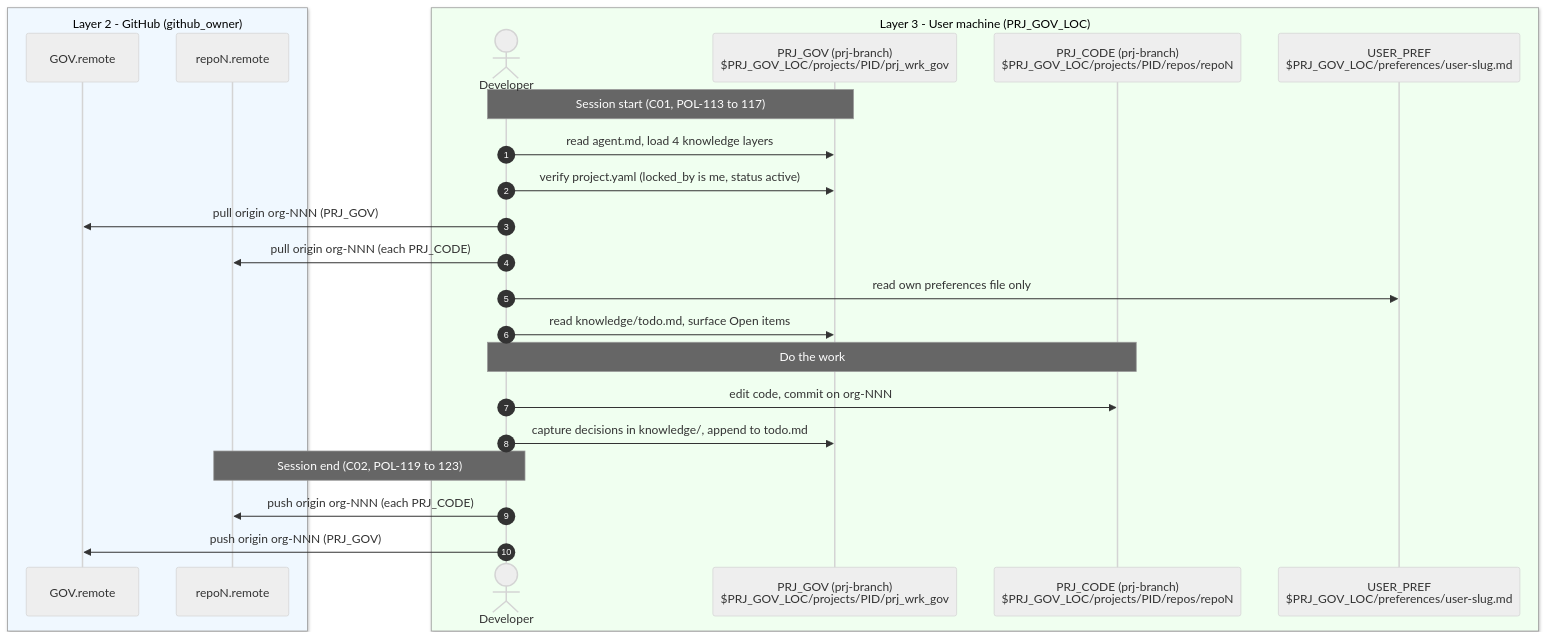
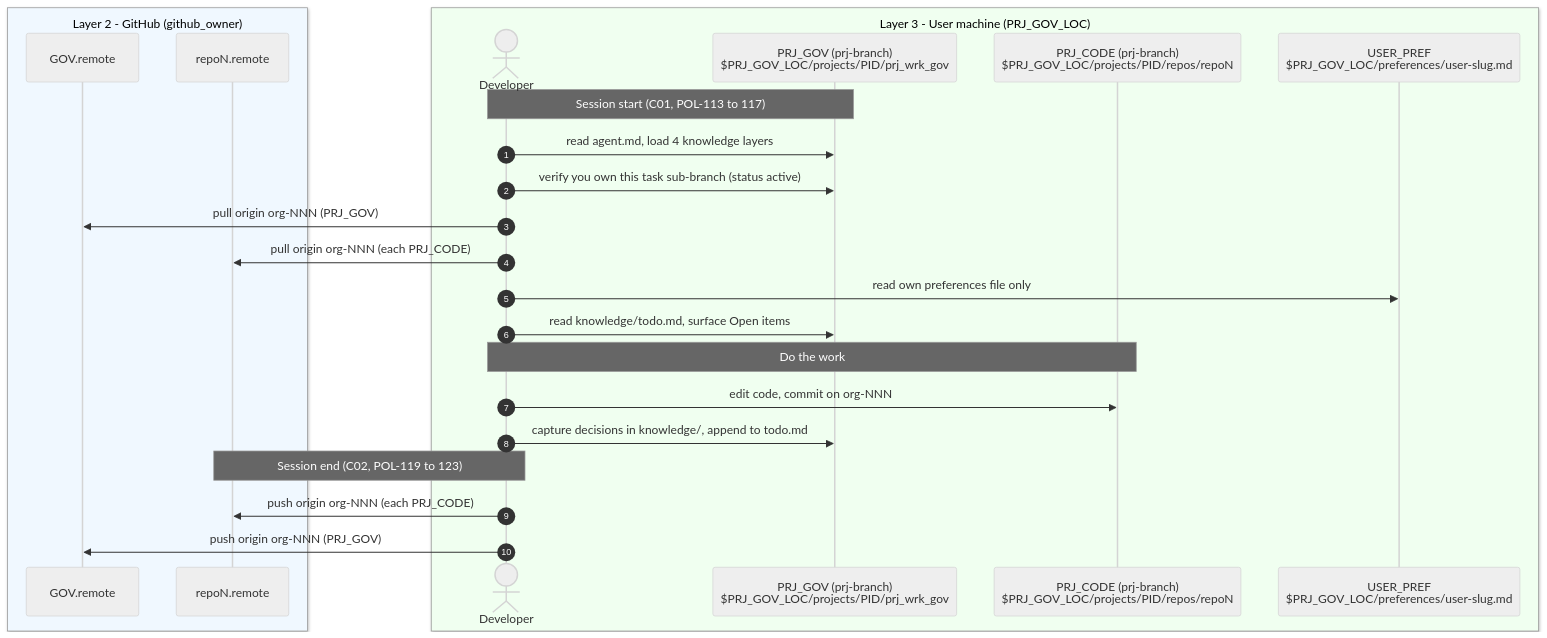
One commit to svayam-opensource/governed-agentic-dev-framework changed the tenth of 20 diagrams in docs/design/option-2-sequence-diagrams.md. Above: the diagram before and after it, drawn with Mermaid (neutral theme). The commit also changed other lines of this file and 6 other files, not shown here.

````diff
--- a/docs/design/option-2-sequence-diagrams.md
+++ b/docs/design/option-2-sequence-diagrams.md
@@ -424,28 +450,28 @@
 ```mermaid
 sequenceDiagram
     autonumber
     box AliceBlue Layer 2 - GitHub (github_owner)
         participant RG as GOV.remote
         participant RC as repoN.remote
     end
     box Honeydew Layer 3 - User machine (PRJ_GOV_LOC)
         actor Dev as Developer
         participant PG as PRJ_GOV (prj-branch)<br/>$PRJ_GOV_LOC/projects/PID/prj_wrk_gov
         participant CODE as PRJ_CODE (prj-branch)<br/>$PRJ_GOV_LOC/projects/PID/repos/repoN
         participant UP as USER_PREF<br/>$PRJ_GOV_LOC/preferences/user-slug.md
     end
 
     Note over Dev,PG: Session start (C01, POL-113 to 117)
     Dev->>PG: read agent.md, load 4 knowledge layers
-    Dev->>PG: verify project.yaml (locked_by is me, status active)
+    Dev->>PG: verify you own this task sub-branch (status active)
     Dev->>RG: pull origin org-NNN (PRJ_GOV)
     Dev->>RC: pull origin org-NNN (each PRJ_CODE)
     Dev->>UP: read own preferences file only
     Dev->>PG: read knowledge/todo.md, surface Open items
     Note over Dev,CODE: Do the work
     Dev->>CODE: edit code, commit on org-NNN
     Dev->>PG: capture decisions in knowledge/, append to todo.md
     Note over Dev,RC: Session end (C02, POL-119 to 123)
     Dev->>RC: push origin org-NNN (each PRJ_CODE)
     Dev->>RG: push origin org-NNN (PRJ_GOV)
 ```
````
